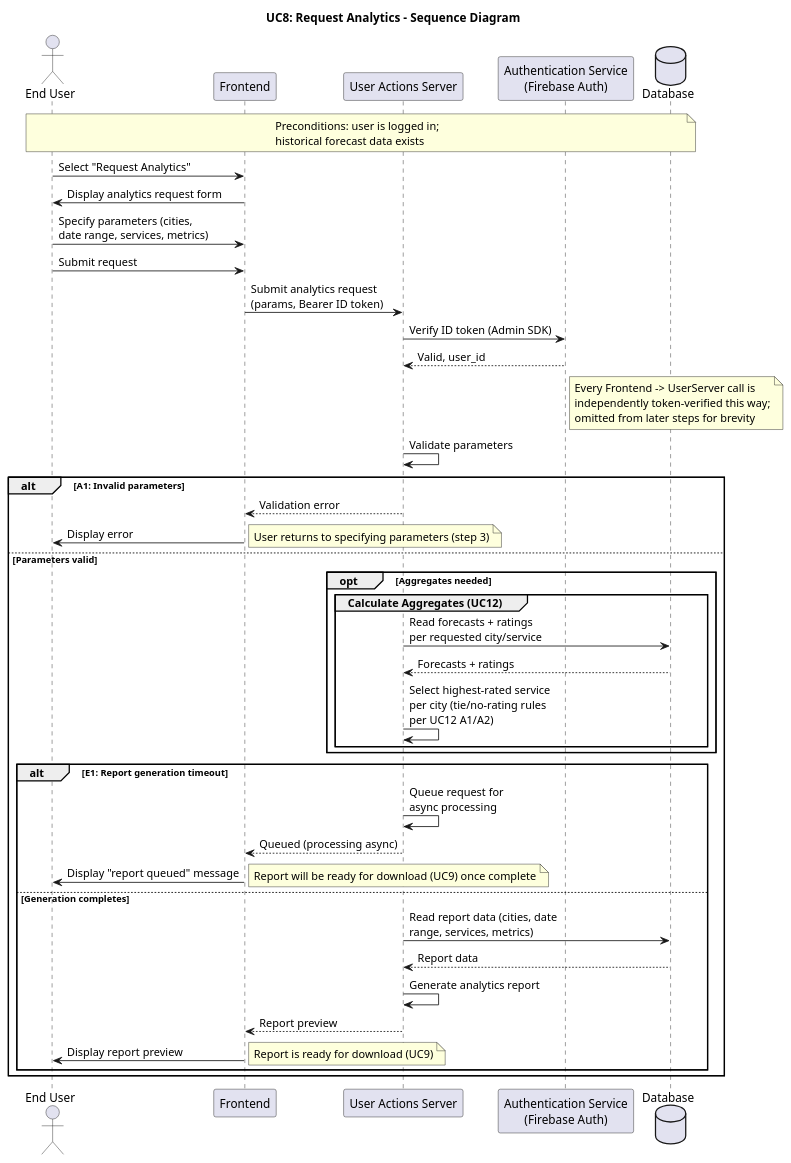
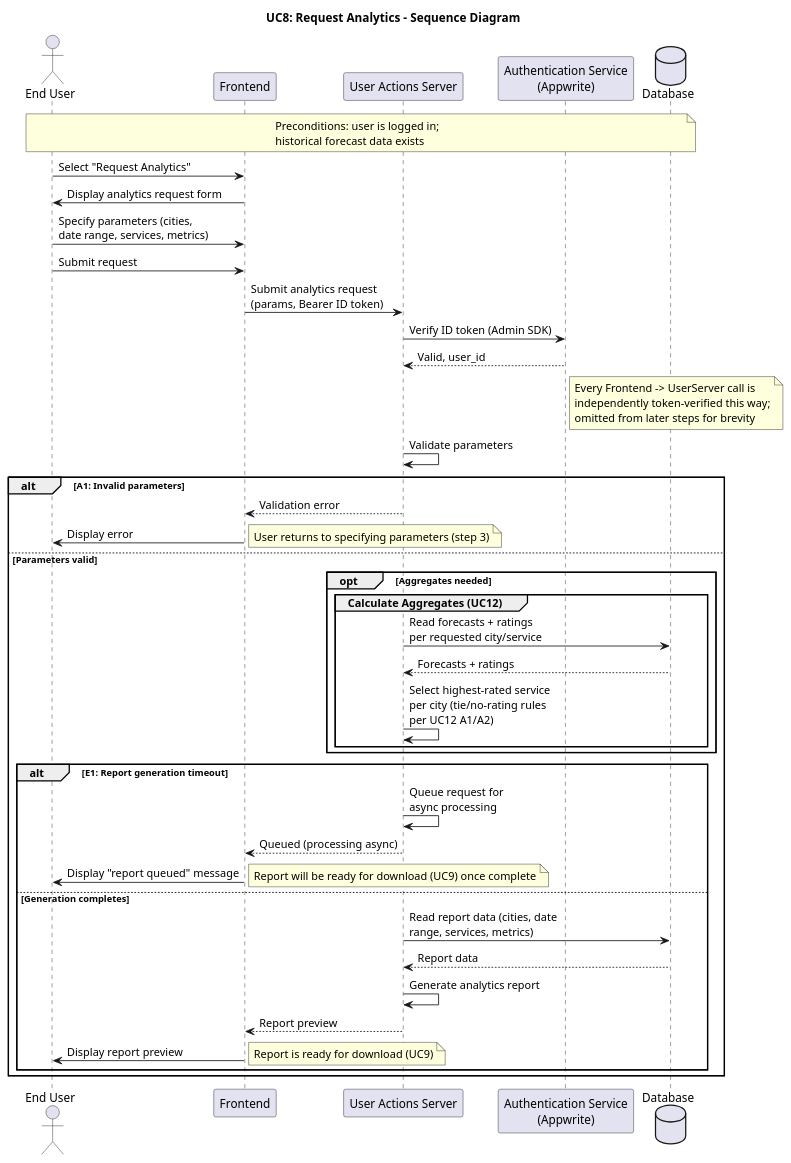
The diagram in requirements/sequence_diagrams/UC8_Request_Analytics.puml (ManosMorf97/Weather-Forecasts-AI-Remastered), drawn with PlantUML before and after one commit. The commit also changed 101 other files, not shown here.

Commit message:
Replaced firebase with appwrite

```diff
--- a/requirements/sequence_diagrams/UC8_Request_Analytics.puml
+++ b/requirements/sequence_diagrams/UC8_Request_Analytics.puml
@@ -1,60 +1,60 @@
 @startuml UC8_Request_Analytics_Sequence_Diagram
 
 title UC8: Request Analytics - Sequence Diagram
 
 actor "End User" as User
 participant "Frontend" as Frontend
 participant "User Actions Server" as UserServer
-participant "Authentication Service\n(Firebase Auth)" as Auth
+participant "Authentication Service\n(Appwrite)" as Auth
 database "Database" as DB
 
 note over User, DB
   Preconditions: user is logged in;
   historical forecast data exists
 end note
 
 User -> Frontend: Select "Request Analytics"
 Frontend -> User: Display analytics request form
 User -> Frontend: Specify parameters (cities,\ndate range, services, metrics)
 User -> Frontend: Submit request
 
 Frontend -> UserServer: Submit analytics request\n(params, Bearer ID token)
 UserServer -> Auth: Verify ID token (Admin SDK)
 Auth --> UserServer: Valid, user_id
 note right of Auth
   Every Frontend -> UserServer call is
   independently token-verified this way;
   omitted from later steps for brevity
 end note
 
 UserServer -> UserServer: Validate parameters
 
 alt A1: Invalid parameters
   UserServer --> Frontend: Validation error
   Frontend -> User: Display error
   note right: User returns to specifying parameters (step 3)
 else Parameters valid
   opt Aggregates needed
     group Calculate Aggregates (UC12)
       UserServer -> DB: Read forecasts + ratings\nper requested city/service
       DB --> UserServer: Forecasts + ratings
       UserServer -> UserServer: Select highest-rated service\nper city (tie/no-rating rules\nper UC12 A1/A2)
     end
   end
 
   alt E1: Report generation timeout
     UserServer -> UserServer: Queue request for\nasync processing
     UserServer --> Frontend: Queued (processing async)
     Frontend -> User: Display "report queued" message
     note right: Report will be ready for download (UC9) once complete
   else Generation completes
     UserServer -> DB: Read report data (cities, date\nrange, services, metrics)
     DB --> UserServer: Report data
     UserServer -> UserServer: Generate analytics report
     UserServer --> Frontend: Report preview
     Frontend -> User: Display report preview
     note right: Report is ready for download (UC9)
   end
 end
 
 @enduml
```
